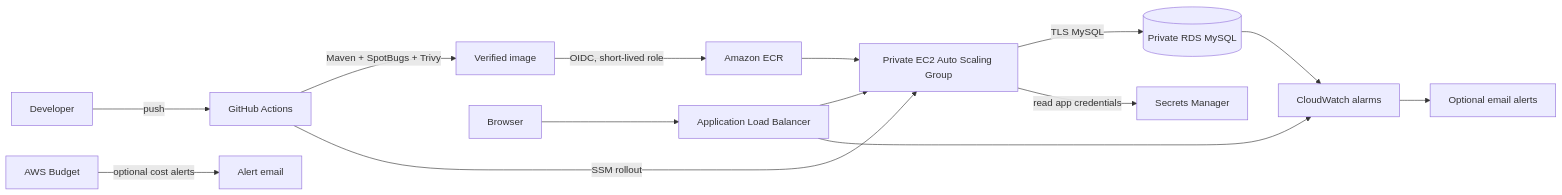
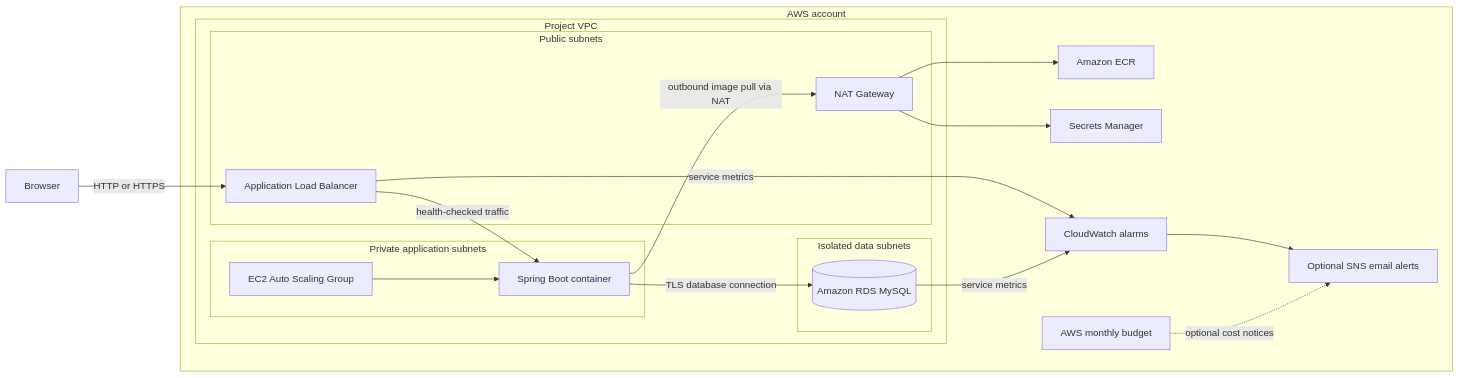
The first of 2 diagrams in README.md (MasadiPradeepRao/java-aws-three-tier-platform), drawn with Mermaid before and after one commit. The commit also changed other lines of this file, not shown here.

Commit message:
updated read me

````diff
--- a/README.md
+++ b/README.md
@@ -15,16 +17,35 @@
 ```mermaid
 flowchart LR
-  Dev[Developer] -->|push| GH[GitHub Actions]
-  GH -->|Maven + SpotBugs + Trivy| CI[Verified image]
-  CI -->|OIDC, short-lived role| ECR[Amazon ECR]
-  GH -->|SSM rollout| EC2[Private EC2 Auto Scaling Group]
-  ECR --> EC2
-  User[Browser] --> ALB[Application Load Balancer]
-  ALB --> EC2
-  EC2 -->|TLS MySQL| RDS[(Private RDS MySQL)]
-  EC2 -->|read app credentials| SM[Secrets Manager]
-  ALB --> CW[CloudWatch alarms]
-  RDS --> CW
-  CW --> SNS[Optional email alerts]
-  Budget[AWS Budget] -->|optional cost alerts| Email[Alert email]
+  Visitor[Browser] -->|HTTP or HTTPS| ALB[Application Load Balancer]
+
+  subgraph AWS[AWS account]
+    subgraph VPC[Project VPC]
+      subgraph Public[Public subnets]
+        ALB
+        NAT[NAT Gateway]
+      end
+      subgraph PrivateApp[Private application subnets]
+        ASG[EC2 Auto Scaling Group]
+        App[Spring Boot container]
+        ASG --> App
+      end
+      subgraph PrivateData[Isolated data subnets]
+        DB[(Amazon RDS MySQL)]
+      end
+      ALB -->|health-checked traffic| App
+      App -->|TLS database connection| DB
+    end
+    ECR[Amazon ECR]
+    Secrets[Secrets Manager]
+    Metrics[CloudWatch alarms]
+    Alerts[Optional SNS email alerts]
+    Budget[AWS monthly budget]
+    App -->|outbound image pull via NAT| NAT
+    NAT --> ECR
+    NAT --> Secrets
+    ALB -->|service metrics| Metrics
+    DB -->|service metrics| Metrics
+    Metrics --> Alerts
+    Budget -. optional cost notices .-> Alerts
+  end
 ```
````
